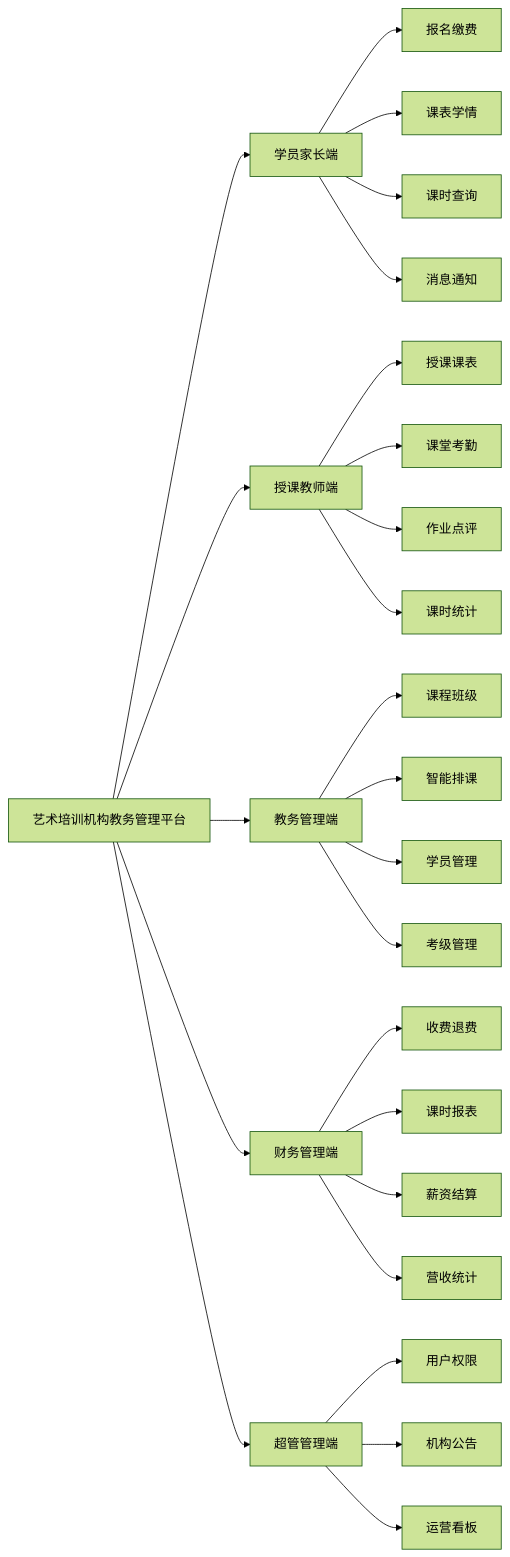
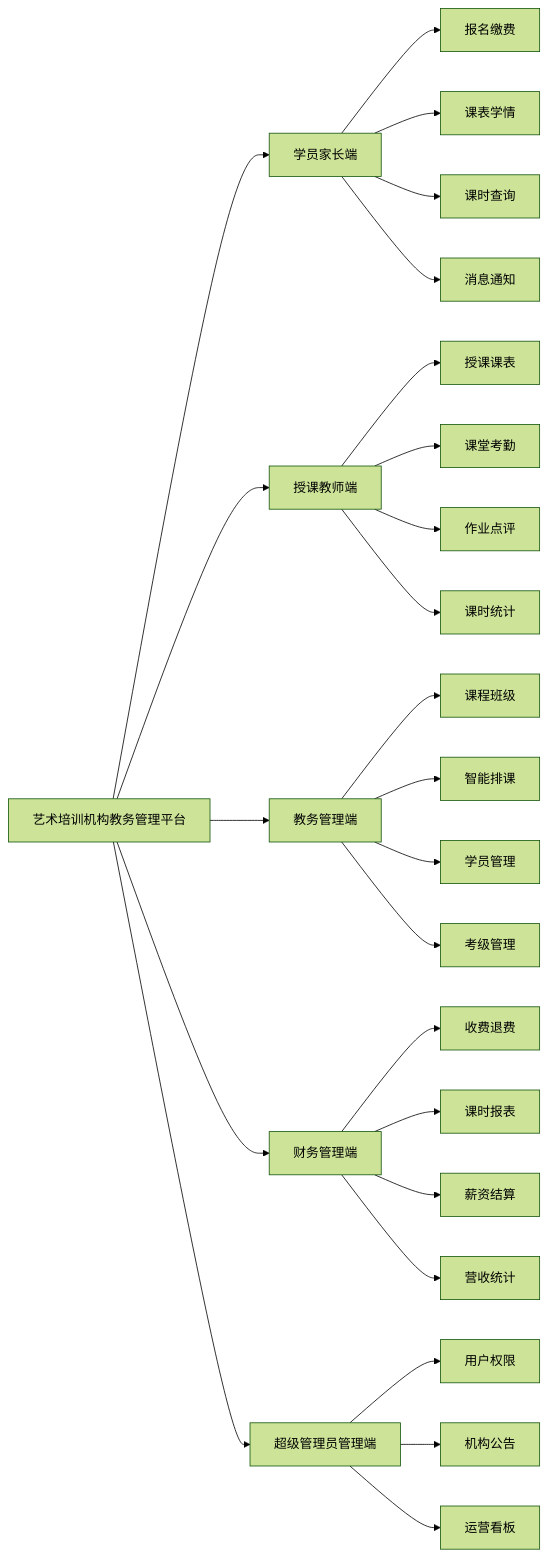
The second of 9 diagrams in docs/paper/02-第2章-系统设计.md (BYNekoNay/educational-administration), drawn with Mermaid (forest theme) before and after one commit. The commit also changed other lines of this file and 19 other files, not shown here.

First line of the commit message:
docs(paper): 课程设计报告 v1.3 同步 + 9 张配图重渲染

````diff
--- a/docs/paper/02-第2章-系统设计.md
+++ b/docs/paper/02-第2章-系统设计.md
@@ -56,27 +56,27 @@
 ```mermaid
 flowchart LR
     P[艺术培训机构教务管理平台] --> P1[学员家长端]
     P --> P2[授课教师端]
     P --> P3[教务管理端]
     P --> P4[财务管理端]
-    P --> P5[超管管理端]
+    P --> P5[超级管理员管理端]
     P1 --> P1a[报名缴费]
     P1 --> P1b[课表学情]
     P1 --> P1c[课时查询]
     P1 --> P1d[消息通知]
     P2 --> P2a[授课课表]
     P2 --> P2b[课堂考勤]
     P2 --> P2c[作业点评]
     P2 --> P2d[课时统计]
     P3 --> P3a[课程班级]
     P3 --> P3b[智能排课]
     P3 --> P3c[学员管理]
     P3 --> P3d[考级管理]
     P4 --> P4a[收费退费]
     P4 --> P4b[课时报表]
     P4 --> P4c[薪资结算]
     P4 --> P4d[营收统计]
     P5 --> P5a[用户权限]
     P5 --> P5b[机构公告]
     P5 --> P5c[运营看板]
 ```
````
